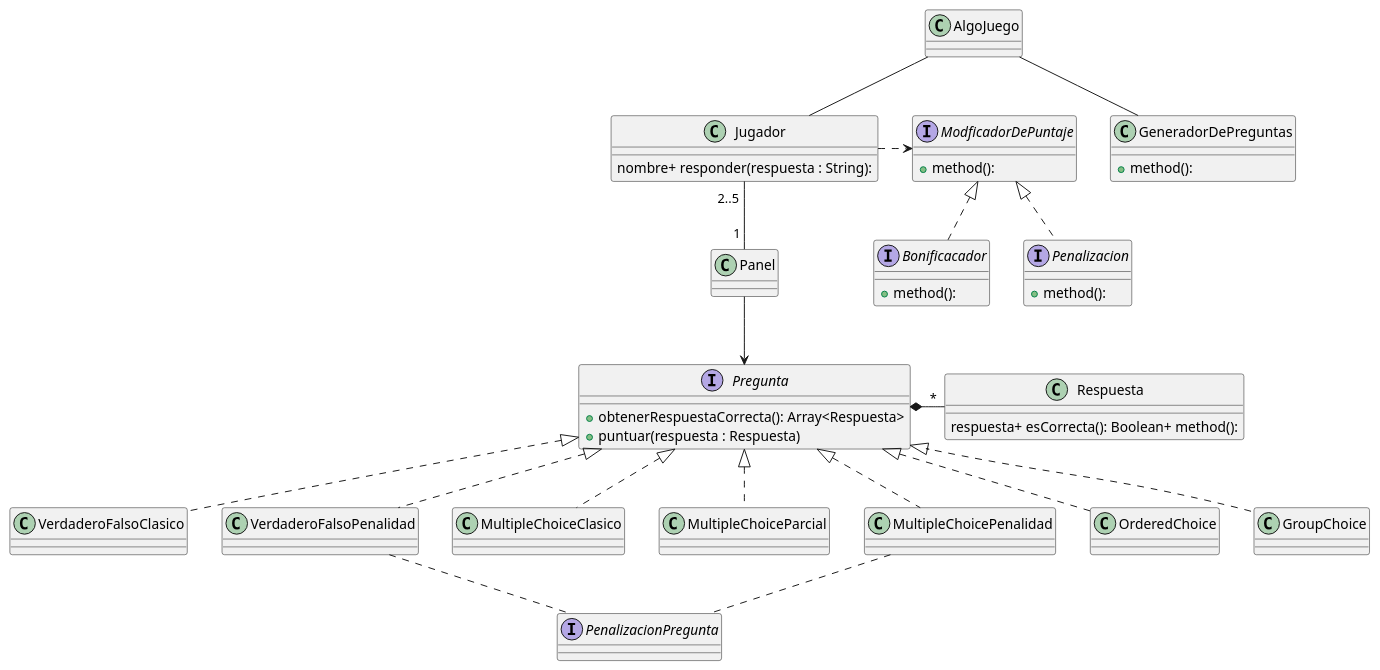
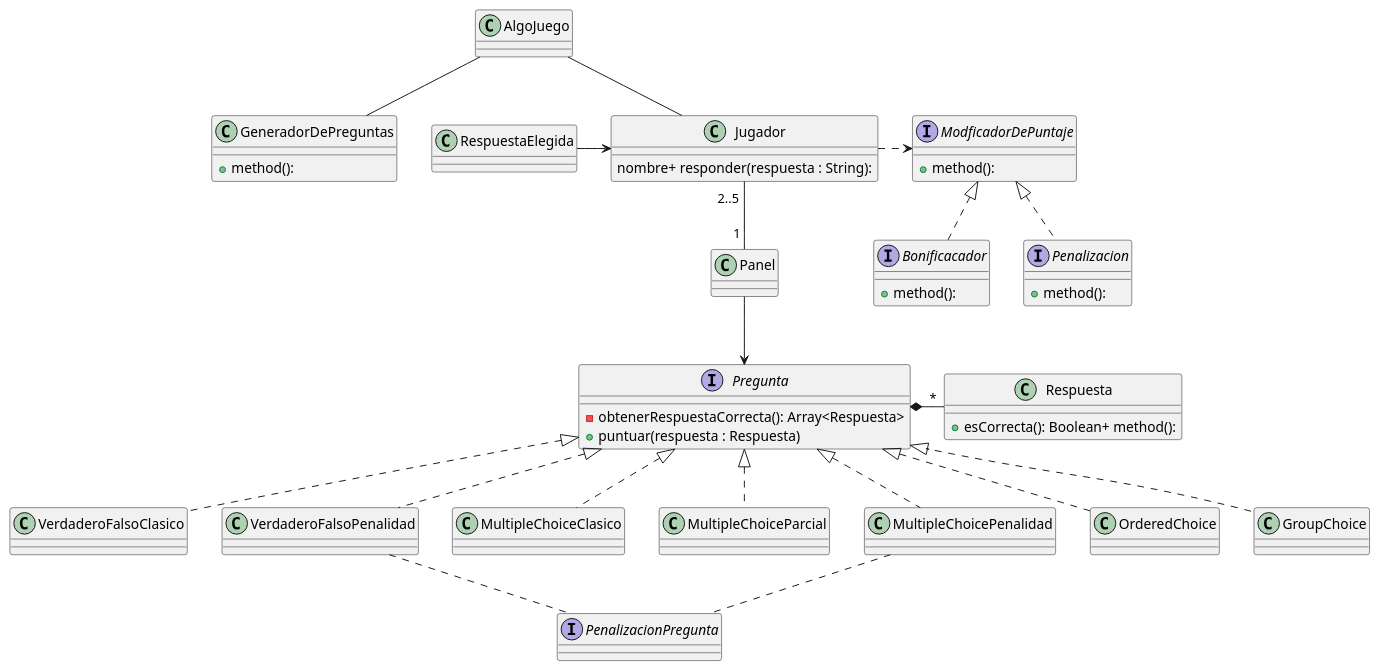
One commit to lorenzocabirta7/TP2-Algoritmos-y-Programacion-III changed the diagram in src/Diagramas/Diagrama Boceto.puml. Above: the diagram before and after it, drawn with PlantUML. The commit also changed 8 other files, not shown here.

First line of the commit message:
Diagrama de Secuencia caso 0

```diff
--- a/src/Diagramas/Diagrama Boceto.puml
+++ b/src/Diagramas/Diagrama Boceto.puml
@@ -1,103 +1,109 @@
 @startuml
 'https://plantuml.com/class-diagram'
 
 
 class Jugador {
 
 nombre+ responder(respuesta : String):
 }
 
 class Panel {
 
 }
 
 class GeneradorDePreguntas{
 
     + method():
 }
 
 class AlgoJuego{
 
 }
 
 interface Pregunta {
-    +obtenerRespuestaCorrecta(): Array<Respuesta>
+    -obtenerRespuestaCorrecta(): Array<Respuesta>
     + puntuar(respuesta : Respuesta)
 }
 
 interface ModficadorDePuntaje {
     + method():
 }
 
 
 interface Bonificacador {
     + method():
 }
 
 interface Penalizacion {
     + method():
 }
 
 class VerdaderoFalsoClasico {
 
 }
 
 class VerdaderoFalsoPenalidad {
 
 }
 
 class MultipleChoiceClasico {
 
 }
 
 class MultipleChoiceParcial {
 
 }
 
 class MultipleChoicePenalidad {
 
 }
 
 class OrderedChoice {
 
 }
 
 class GroupChoice {
 
 }
 
 interface PenalizacionPregunta {
 
 }
 
 class Respuesta{
+    +esCorrecta(): Boolean+ method():
+}
 
-respuesta+ esCorrecta(): Boolean+ method():
+class RespuestaElegida{
+
 }
 
 
 ModficadorDePuntaje <|.. Bonificacador
 ModficadorDePuntaje <|.. Penalizacion
 
 
 AlgoJuego -- Jugador
 AlgoJuego-- GeneradorDePreguntas
 Panel --> Pregunta
 Pregunta *-"*"Respuesta
 
 Pregunta <|.. VerdaderoFalsoClasico
 Pregunta <|.. VerdaderoFalsoPenalidad
 Pregunta <|.. MultipleChoiceClasico
 Pregunta <|.. MultipleChoiceParcial
 Pregunta <|.. MultipleChoicePenalidad
 Pregunta <|.. OrderedChoice
 Pregunta <|.. GroupChoice
 
+RespuestaElegida -> Jugador
+
+
 Jugador "2..5 "--"1 " Panel
 Jugador .> ModficadorDePuntaje
 
 
 VerdaderoFalsoPenalidad .. PenalizacionPregunta
 MultipleChoicePenalidad.. PenalizacionPregunta
 
 @enduml
```
